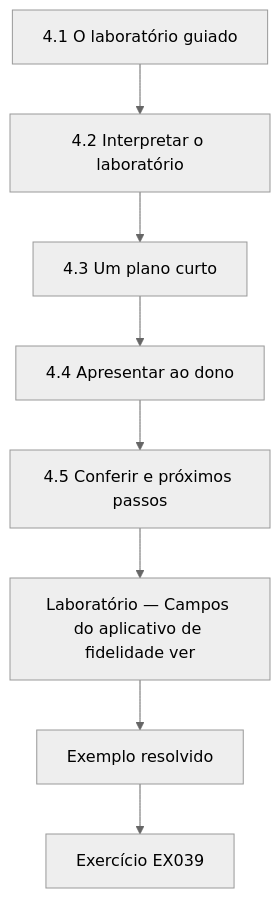
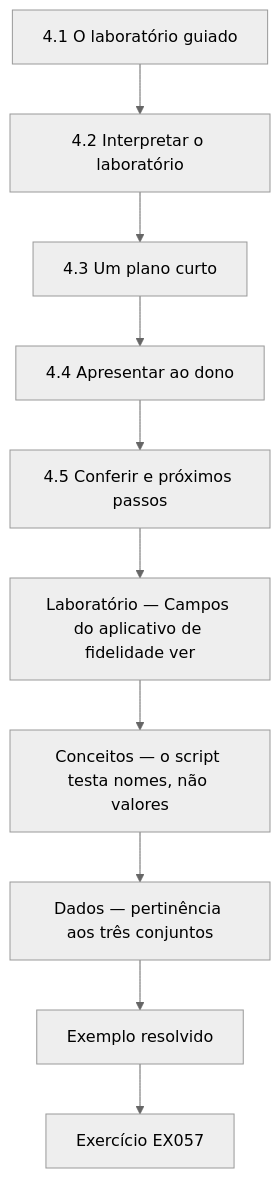
One commit to hiagokinlevi/CyKin changed the tenth of 12 diagrams in levels/rapid-1-month/privacy-data-protection/pt/book/MANUSCRIPT.md. Above: the diagram before and after it, drawn with Mermaid (neutral theme). The commit also changed other lines of this file and 1 other file, not shown here.

````diff
--- a/levels/rapid-1-month/privacy-data-protection/pt/book/MANUSCRIPT.md
+++ b/levels/rapid-1-month/privacy-data-protection/pt/book/MANUSCRIPT.md
@@ -380,12 +571,14 @@
 ```mermaid
 flowchart TD
   N0["4.1 O laboratório guiado"]
   N1["4.2 Interpretar o laboratório"]
   N2["4.3 Um plano curto"]
   N3["4.4 Apresentar ao dono"]
   N4["4.5 Conferir e próximos passos"]
   N5["Laboratório — Campos do aplicativo de fidelidade ver"]
-  N0 --> N1 --> N2 --> N3 --> N4 --> N5
-  N5 --> EX["Exemplo resolvido"]
-  EX --> Q["Exercício EX039"]
+  N6["Conceitos — o script testa nomes, não valores"]
+  N7["Dados — pertinência aos três conjuntos"]
+  N0 --> N1 --> N2 --> N3 --> N4 --> N5 --> N6 --> N7
+  N7 --> EX["Exemplo resolvido"]
+  EX --> Q["Exercício EX057"]
 ```
````
